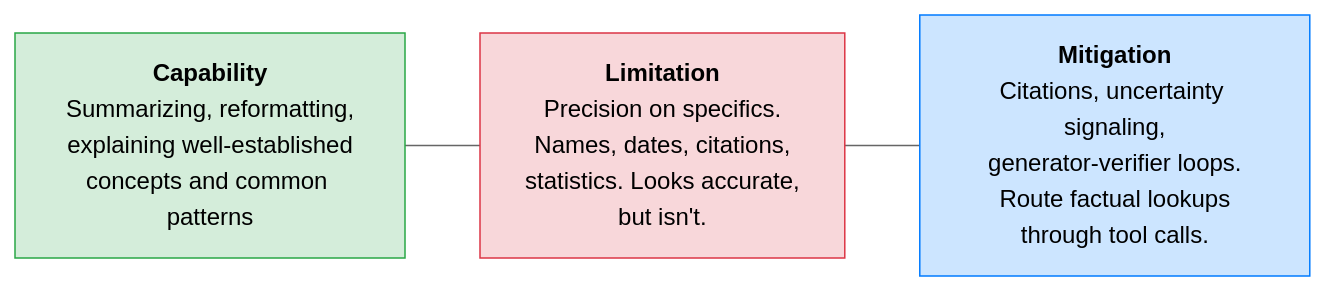
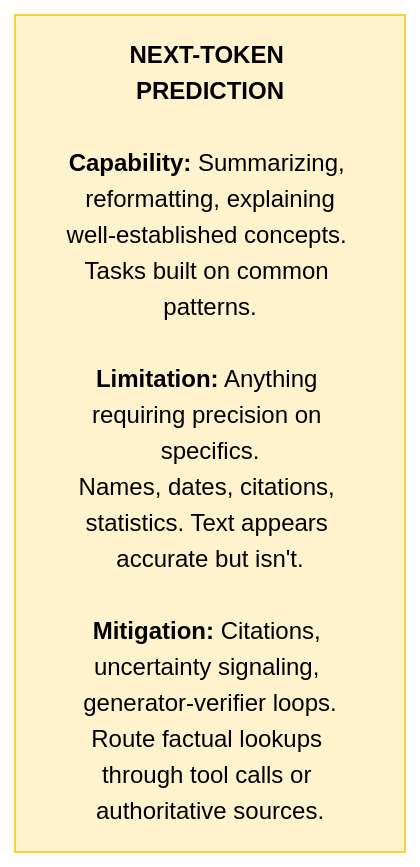
One commit to shreyabaid007/Claude-Certified-Architect changed the second of 7 diagrams in Professional/01-Claude-Platform-and-Solution-Design/01-How-Claude-Behaves.md. Above: the diagram before and after it, drawn with Mermaid (neutral theme). The commit also changed other lines of this file and 1 other file, not shown here.

First line of the commit message:
Standardize to two-color palette across all study diagrams

````diff
--- a/Professional/01-Claude-Platform-and-Solution-Design/01-How-Claude-Behaves.md
+++ b/Professional/01-Claude-Platform-and-Solution-Design/01-How-Claude-Behaves.md
@@ -37,8 +34,6 @@
 ```mermaid
-flowchart LR
-    classDef green fill:#d4edda,stroke:#28a745,color:#000
-    classDef red fill:#f8d7da,stroke:#dc3545,color:#000
-    classDef blue fill:#cce5ff,stroke:#007bff,color:#000
+flowchart TD
+    classDef concept fill:#fff3cd,stroke:#ffc107,color:#000
 
-    C["<b>Capability</b><br/>Summarizing, reformatting,<br/>explaining well-established<br/>concepts and common patterns"]:::green --- L["<b>Limitation</b><br/>Precision on specifics.<br/>Names, dates, citations,<br/>statistics. Looks accurate,<br/>but isn't."]:::red --- M["<b>Mitigation</b><br/>Citations, uncertainty signaling,<br/>generator-verifier loops.<br/>Route factual lookups<br/>through tool calls."]:::blue
+    NTP["<b>NEXT-TOKEN PREDICTION</b><br/><br/><b>Capability:</b> Summarizing, reformatting, explaining<br/>well-established concepts. Tasks built on common patterns.<br/><br/><b>Limitation:</b> Anything requiring precision on specifics.<br/>Names, dates, citations, statistics. Text appears accurate but isn't.<br/><br/><b>Mitigation:</b> Citations, uncertainty signaling, generator-verifier loops.<br/>Route factual lookups through tool calls or authoritative sources."]:::concept
 ```
````
